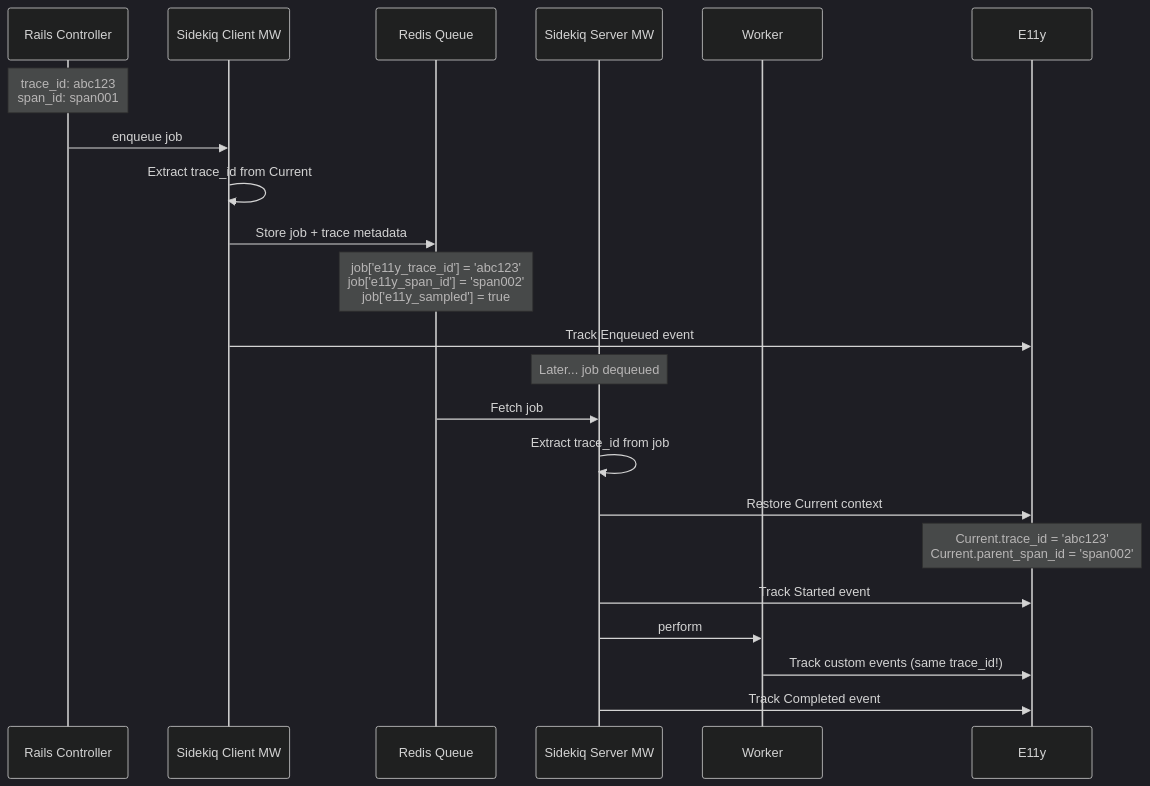
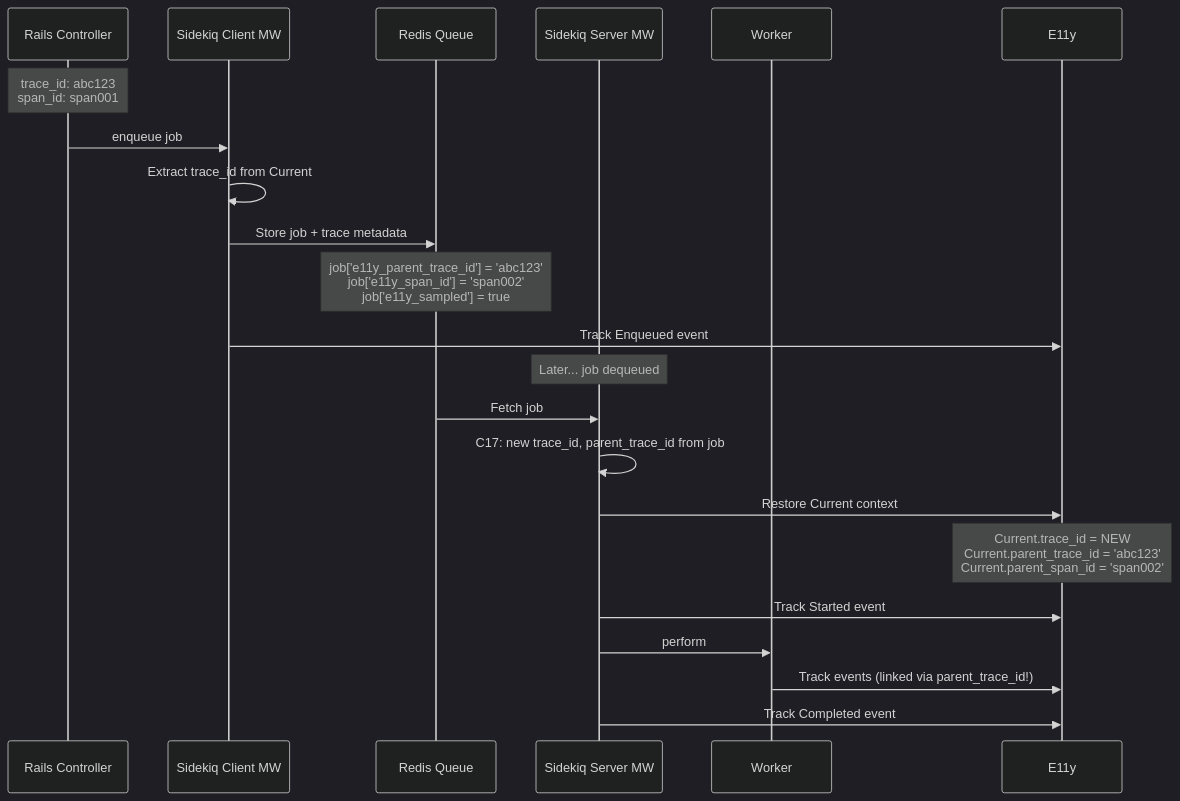
Before and after one commit to arturseletskiy/e11y: the fourth of 5 diagrams in docs/ADR-008-rails-integration.md, drawn with Mermaid (dark theme). The commit also changed other lines of this file and 230 other files, not shown here.

````diff
--- a/docs/ADR-008-rails-integration.md
+++ b/docs/ADR-008-rails-integration.md
@@ -1088,32 +983,32 @@
 ```mermaid
 sequenceDiagram
     participant Controller as Rails Controller
     participant ClientMW as Sidekiq Client MW
     participant Redis as Redis Queue
     participant ServerMW as Sidekiq Server MW
     participant Worker as Worker
     participant E11y as E11y
     
     Note over Controller: trace_id: abc123<br/>span_id: span001
     
     Controller->>ClientMW: enqueue job
     ClientMW->>ClientMW: Extract trace_id from Current
     ClientMW->>Redis: Store job + trace metadata
     
-    Note over Redis: job['e11y_trace_id'] = 'abc123'<br/>job['e11y_span_id'] = 'span002'<br/>job['e11y_sampled'] = true
+    Note over Redis: job['e11y_parent_trace_id'] = 'abc123'<br/>job['e11y_span_id'] = 'span002'<br/>job['e11y_sampled'] = true
     
     ClientMW->>E11y: Track Enqueued event
     
     Note over ServerMW: Later... job dequeued
     
     Redis->>ServerMW: Fetch job
-    ServerMW->>ServerMW: Extract trace_id from job
+    ServerMW->>ServerMW: C17: new trace_id, parent_trace_id from job
     ServerMW->>E11y: Restore Current context
     
-    Note over E11y: Current.trace_id = 'abc123'<br/>Current.parent_span_id = 'span002'
+    Note over E11y: Current.trace_id = NEW<br/>Current.parent_trace_id = 'abc123'<br/>Current.parent_span_id = 'span002'
     
     ServerMW->>E11y: Track Started event
     ServerMW->>Worker: perform
-    Worker->>E11y: Track custom events (same trace_id!)
+    Worker->>E11y: Track events (linked via parent_trace_id!)
     ServerMW->>E11y: Track Completed event
 ```
````
